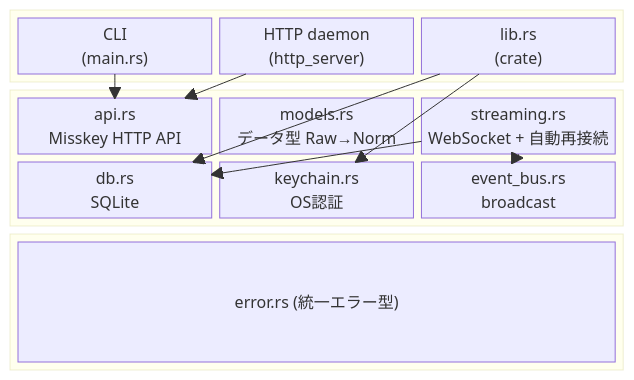
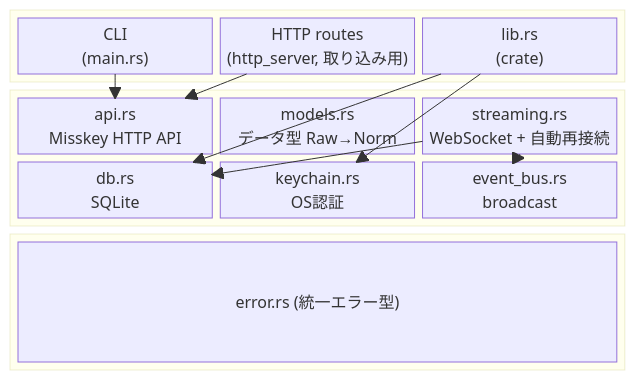
Before and after one commit to notedeck-dev/notedeck: the first of 4 diagrams in crates/notecli/ARCHITECTURE.md, drawn with Mermaid. The commit also changed other lines of this file and 10 other files, not shown here.

````diff
--- a/crates/notecli/ARCHITECTURE.md
+++ b/crates/notecli/ARCHITECTURE.md
@@ -21,32 +21,32 @@
 ```mermaid
 block-beta
   columns 3
 
   block:frontend:3
     columns 3
     CLI["CLI\n(main.rs)"]
-    daemon["HTTP daemon\n(http_server)"]
+    routes["HTTP routes\n(http_server, 取り込み用)"]
     lib["lib.rs\n(crate)"]
   end
 
   block:core:3
     columns 3
     api["api.rs\nMisskey HTTP API"]
     models["models.rs\nデータ型 Raw→Norm"]
     streaming["streaming.rs\nWebSocket + 自動再接続"]
     db["db.rs\nSQLite"]
     keychain["keychain.rs\nOS認証"]
     event_bus["event_bus.rs\nbroadcast"]
   end
 
   block:foundation:3
     error["error.rs (統一エラー型)"]
   end
 
   CLI --> api
-  daemon --> api
+  routes --> api
   lib --> db
   lib --> keychain
   streaming --> event_bus
   streaming --> db
 ```
````
